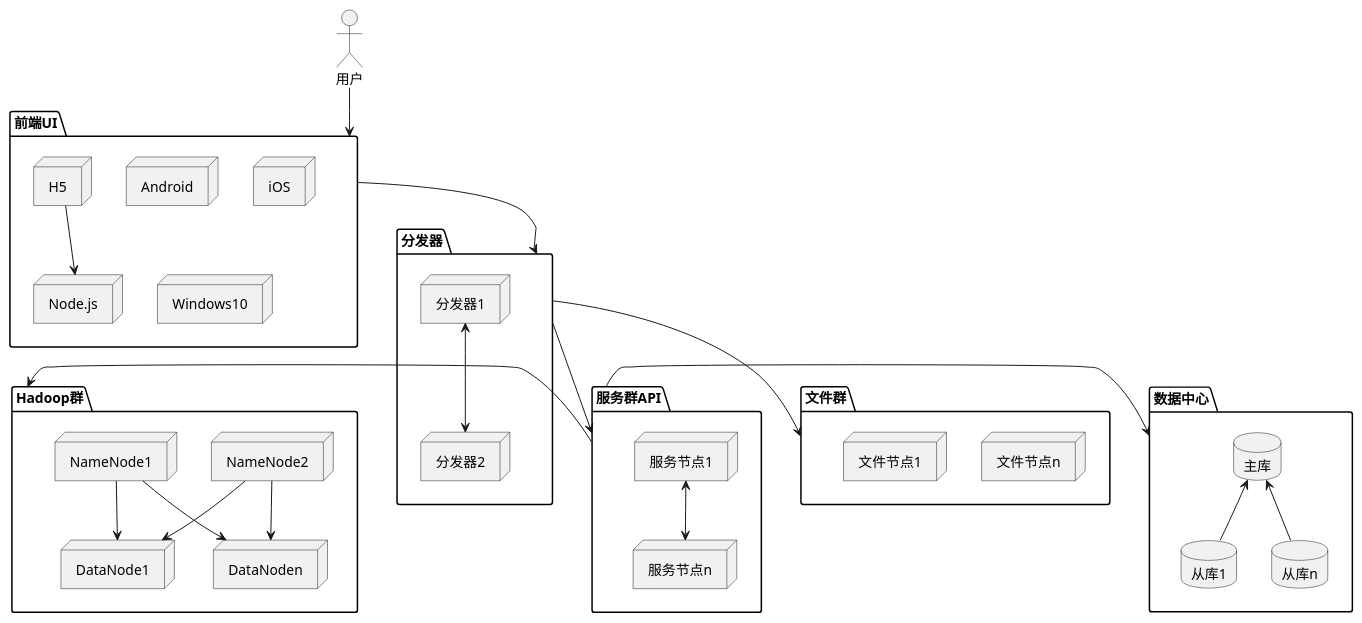
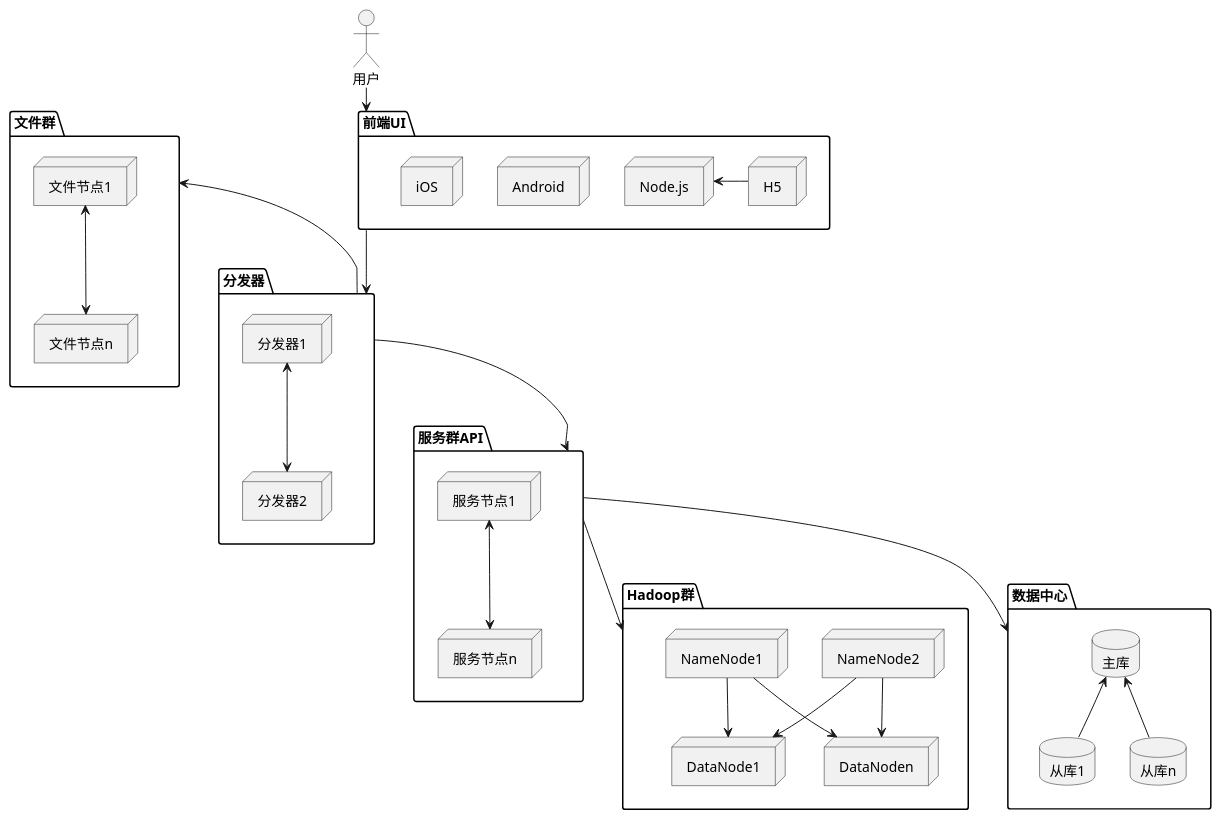
Before and after one commit to wangscript007/tephra: the diagram in doc/uml/front/deploy/main.puml, drawn with PlantUML. The commit also changed 1 other file, not shown here.

Commit message:
修改部署图。

```diff
--- a/doc/uml/front/deploy/main.puml
+++ b/doc/uml/front/deploy/main.puml
@@ -1,61 +1,62 @@
 @startuml
 
 actor 用户
 用户 --> 前端UI
 前端UI --> 分发器
-分发器 --> 文件群
+分发器 -u-> 文件群
 分发器 --> 服务群API
-服务群API -l-> Hadoop群
-服务群API -r-> 数据中心
+服务群API --> Hadoop群
+服务群API --> 数据中心
 
 package 前端UI {
 node Android
 node iOS
-node Windows10
 node H5
 node Node.js
 
-H5 --> Node.js
+H5 -l-> Node.js
 }
 
 package 分发器 {
 node 分发器1
 node 分发器2
 
 分发器1 <--> 分发器2
 }
 
 package 服务群API {
 node 服务节点1
 node 服务节点n
 
 服务节点1 <--> 服务节点n
 }
 
 package 文件群 {
 node 文件节点n
 node 文件节点1
+
+文件节点1 <--> 文件节点n
 }
 
 package 数据中心 {
 database 主库
 database 从库1
 database 从库n
 
 主库 <-- 从库1
 主库 <-- 从库n
 }
 
 package Hadoop群 {
 node NameNode2
 node NameNode1
 node DataNode1
 node DataNoden
 
 NameNode1 --> DataNode1
 NameNode1 --> DataNoden
 NameNode2 --> DataNode1
 NameNode2 --> DataNoden
 }
 
 @enduml
```
